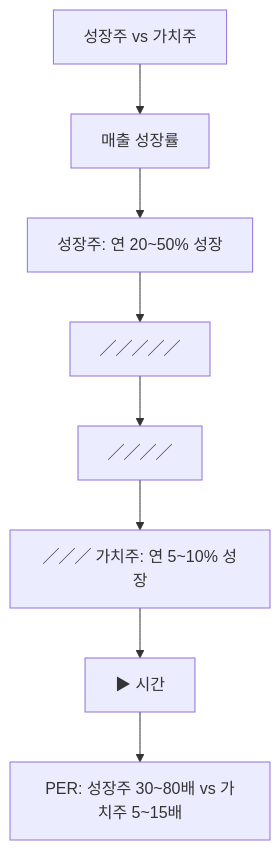
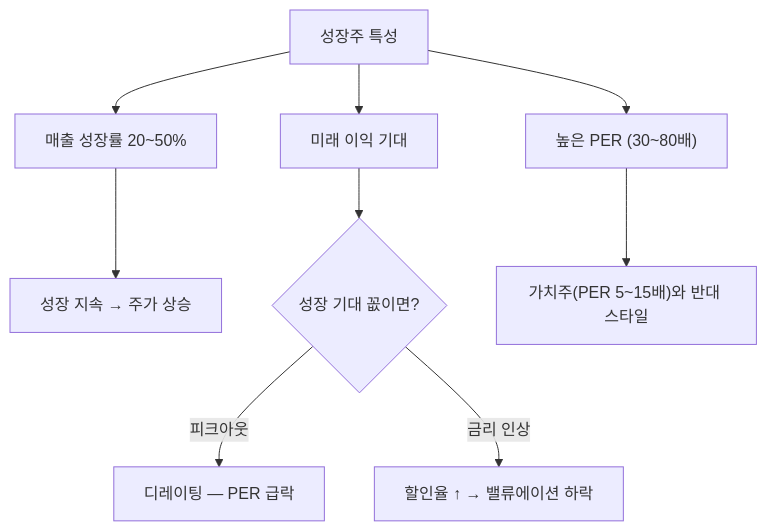
The diagram in content/stock-terms/ko/level-09-strategy-risk/growth-stock.md (yeongseon/stock-visual-note), drawn with Mermaid before and after one commit. The commit also changed other lines of this file and 96 other files, not shown here.

Commit message:
Rewrite all 98 remaining articles: branching Mermaid diagrams, natural search_intent, compelling seo_titles, clean descriptions

````diff
--- a/content/stock-terms/ko/level-09-strategy-risk/growth-stock.md
+++ b/content/stock-terms/ko/level-09-strategy-risk/growth-stock.md
@@ -42,18 +42,12 @@
 ```mermaid
 graph TD
-    N0["성장주 vs 가치주"]
-    N1["매출 성장률"]
-    N2["성장주: 연 20~50% 성장"]
-    N3["╱╱╱╱╱"]
-    N4["╱╱╱╱"]
-    N5["╱╱╱ 가치주: 연 5~10% 성장"]
-    N6["▶ 시간"]
-    N7["PER: 성장주 30~80배 vs 가치주 5~15배"]
-    N0 --> N1
-    N1 --> N2
-    N2 --> N3
-    N3 --> N4
-    N4 --> N5
-    N5 --> N6
-    N6 --> N7
+    A["성장주 특성"]
+    A --> B["매출 성장률 20~50%"]
+    A --> C["높은 PER (30~80배)"]
+    A --> D["미래 이익 기대"]
+    B --> E["성장 지속 → 주가 상승"]
+    D --> F{"성장 기대 꼾이면?"}
+    F -->|"피크아웃"| G["디레이팅 — PER 급락"]
+    F -->|"금리 인상"| H["할인율 ↑ → 밸류에이션 하락"]
+    C --> I["가치주(PER 5~15배)와 반대 스타일"]
 ```
````
